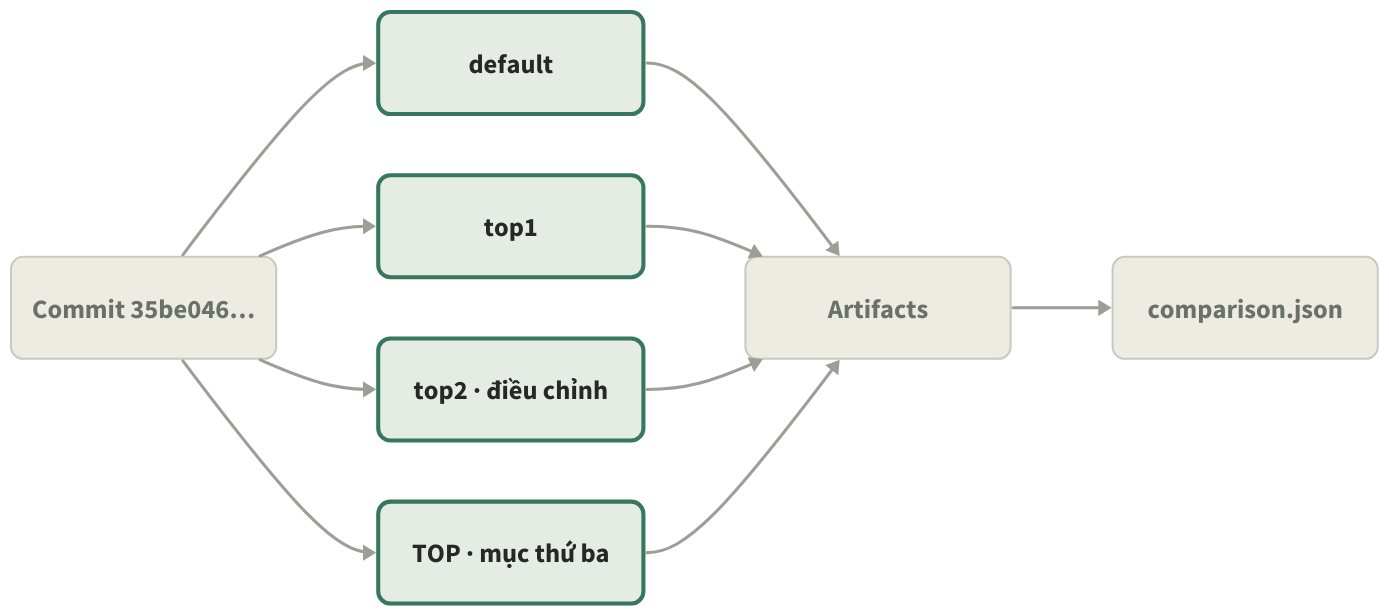
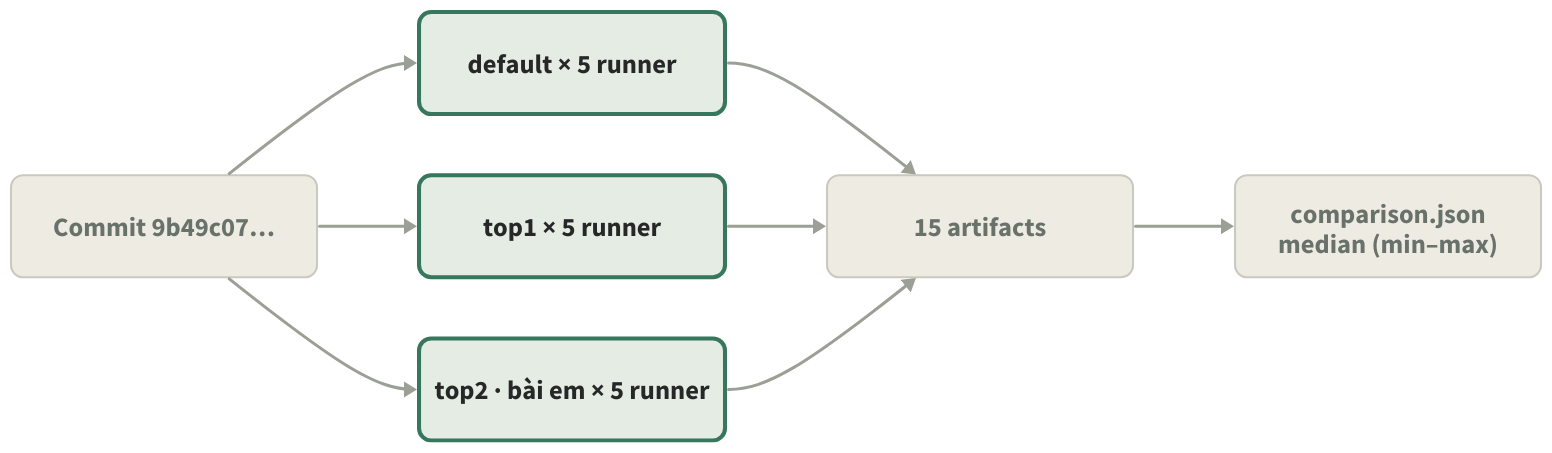
The diagram in presentation/python-diagrams/29-ci-runners.d2 (newnol/DockerFile-Contest), drawn with D2 before and after one commit. The commit also changed 182 other files, not shown here.

```diff
--- a/presentation/python-diagrams/29-ci-runners.d2
+++ b/presentation/python-diagrams/29-ci-runners.d2
@@ -1,23 +1,19 @@
 direction: right
 vars: { d2-config: { sketch: false; theme-id: 0 } }
-classes: { node: { width: 260; height: 100; style: { fill: "#eeebe3"; stroke: "#c9c9bf"; font-color: "#69716b"; font-size: 26; border-radius: 12; stroke-width: 2 } } }
-a: "Commit 35be046…" { class: node }
-b: "default" { class: node }
+classes: { node: { width: 300; height: 100; style: { fill: "#eeebe3"; stroke: "#c9c9bf"; font-color: "#69716b"; font-size: 26; border-radius: 12; stroke-width: 2 } } }
+a: "Commit 9b49c07…" { class: node }
+b: "default × 5 runner" { class: node }
+c: "top1 × 5 runner" { class: node }
+d: "top2 · bài em × 5 runner" { class: node }
+f: "15 artifacts" { class: node }
+g: "comparison.json\nmedian (min–max)" { class: node }
 b.style: { fill: "#e4ece3"; stroke: "#37775e"; font-color: "#252827"; stroke-width: 4 }
-c: "top1" { class: node }
 c.style: { fill: "#e4ece3"; stroke: "#37775e"; font-color: "#252827"; stroke-width: 4 }
-d: "top2 · điều chỉnh" { class: node }
 d.style: { fill: "#e4ece3"; stroke: "#37775e"; font-color: "#252827"; stroke-width: 4 }
-e: "TOP · mục thứ ba" { class: node }
-e.style: { fill: "#e4ece3"; stroke: "#37775e"; font-color: "#252827"; stroke-width: 4 }
-f: "Artifacts" { class: node }
-g: "comparison.json" { class: node }
 a -> b: { style: { stroke: "#9b9f95"; stroke-width: 3 } }
+b -> f: { style: { stroke: "#9b9f95"; stroke-width: 3 } }
 a -> c: { style: { stroke: "#9b9f95"; stroke-width: 3 } }
+c -> f: { style: { stroke: "#9b9f95"; stroke-width: 3 } }
 a -> d: { style: { stroke: "#9b9f95"; stroke-width: 3 } }
-a -> e: { style: { stroke: "#9b9f95"; stroke-width: 3 } }
-b -> f: { style: { stroke: "#9b9f95"; stroke-width: 3 } }
-c -> f: { style: { stroke: "#9b9f95"; stroke-width: 3 } }
 d -> f: { style: { stroke: "#9b9f95"; stroke-width: 3 } }
-e -> f: { style: { stroke: "#9b9f95"; stroke-width: 3 } }
 f -> g: { style: { stroke: "#9b9f95"; stroke-width: 3 } }
```
